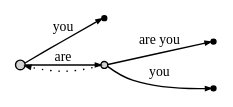
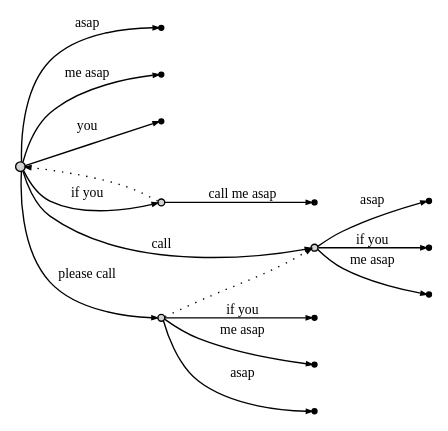
Before and after one commit to terenzio/ExtractionAlgorithm: the diagram in stackoverflowSuffixTree/SuffixTreeV1/st.dot, drawn with Graphviz.

Commit message:
no message

```diff
--- a/stackoverflowSuffixTree/SuffixTreeV1/st.dot
+++ b/stackoverflowSuffixTree/SuffixTreeV1/st.dot
@@ -1,18 +1,37 @@
 digraph {
 	rankdir = LR;
 	edge [arrowsize=0.4,fontsize=10]
 	node1 [label="",style=filled,fillcolor=lightgrey,shape=circle,width=.1,height=.1];
 //------leaves------
+	node5 [label="",shape=point]
+	node13 [label="",shape=point]
+	node9 [label="",shape=point]
+	node3 [label="",shape=point]
+	node14 [label="",shape=point]
+	node4 [label="",shape=point]
+	node12 [label="",shape=point]
+	node7 [label="",shape=point]
 	node2 [label="",shape=point]
-	node4 [label="",shape=point]
-	node5 [label="",shape=point]
+	node11 [label="",shape=point]
 //------internal nodes------
-	node3 [label="",style=filled,fillcolor=lightgrey,shape=circle,width=.07,height=.07]
+	node8 [label="",style=filled,fillcolor=lightgrey,shape=circle,width=.07,height=.07]
+	node10 [label="",style=filled,fillcolor=lightgrey,shape=circle,width=.07,height=.07]
+	node6 [label="",style=filled,fillcolor=lightgrey,shape=circle,width=.07,height=.07]
 //------edges------
-	node1 -> node3 [label="are",weight=3]
-	node3 -> node2 [label="are you",weight=3]
-	node3 -> node4 [label="you",weight=3]
-	node1 -> node5 [label="you",weight=3]
+	node1 -> node5 [label="asap",weight=3]
+	node1 -> node8 [label="call",weight=3]
+	node8 -> node13 [label="asap",weight=3]
+	node8 -> node9 [label="if you",weight=3]
+	node8 -> node3 [label="me asap",weight=3]
+	node1 -> node10 [label="if you",weight=3]
+	node10 -> node14 [label="call me asap",weight=3]
+	node1 -> node4 [label="me asap",weight=3]
+	node1 -> node6 [label="please call",weight=3]
+	node6 -> node12 [label="asap",weight=3]
+	node6 -> node7 [label="if you",weight=3]
+	node6 -> node2 [label="me asap",weight=3]
+	node1 -> node11 [label="you",weight=3]
 //------suffix links------
-	node3 -> node1 [label="",weight=1,style=dotted]
+	node10 -> node1 [label="",weight=1,style=dotted]
+	node6 -> node8 [label="",weight=1,style=dotted]
 }
```
